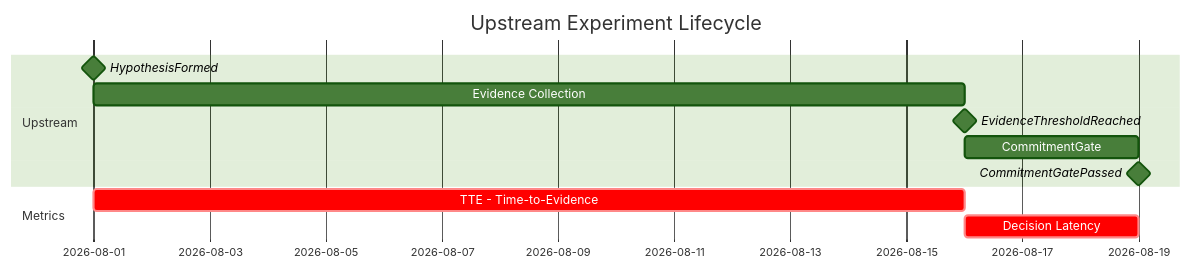
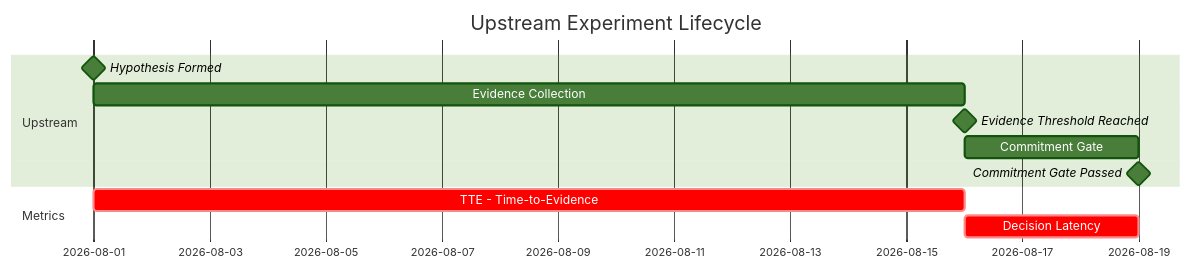
The second of 2 diagrams in en/chapter-08.md (produtoreativo/from-intent-to-outcome), drawn with Mermaid (forest theme) before and after one commit. The commit also changed other lines of this file and 26 other files, not shown here.

````diff
--- a/en/chapter-08.md
+++ b/en/chapter-08.md
@@ -96,14 +96,14 @@
 ```mermaid
 gantt
     title Upstream Experiment Lifecycle
     dateFormat  YYYY-MM-DD
     section Upstream
-    HypothesisFormed        :milestone, h1, 2026-08-01, 0d
-    Evidence Collection     :evidence, 2026-08-01, 15d
-    EvidenceThresholdReached :milestone, h2, after evidence, 0d
-    CommitmentGate          :Gate, after h2, 3d
-    CommitmentGatePassed    :milestone, h3, after Gate, 0d
+    Hypothesis Formed           :milestone, h1, 2026-08-01, 0d
+    Evidence Collection         :evidence, 2026-08-01, 15d
+    Evidence Threshold Reached  :milestone, h2, after evidence, 0d
+    Commitment Gate             :Gate, after h2, 3d
+    Commitment Gate Passed      :milestone, h3, after Gate, 0d
     section Metrics
     TTE - Time-to-Evidence  :crit, 2026-08-01, 15d
     Decision Latency        :crit, after evidence, 3d
 ```
````
